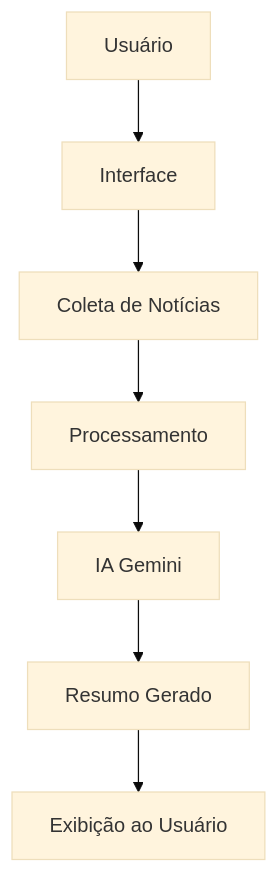
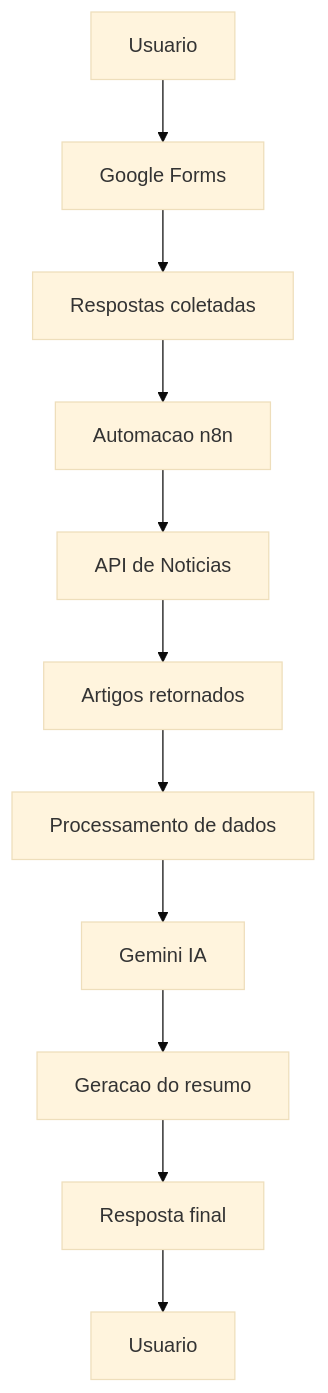
One commit to jhonnyvsn/Resumo_de_Noticias changed the diagram in README.md. Above: the diagram before and after it, drawn with Mermaid (base theme). The commit also changed other lines of this file, not shown here.

Commit message:
docs: atualiza README com descricao e diagrama

````diff
--- a/README.md
+++ b/README.md
@@ -23,9 +9,18 @@
 ```mermaid
-graph TD
-A[Usuário] --> B[Interface]
-B --> C[Coleta de Notícias]
-C --> D[Processamento]
-D --> E[IA Gemini]
-E --> F[Resumo Gerado]
-F --> G[Exibição ao Usuário]
+flowchart TD
+
+A[Usuario] --> B[Google Forms]
+B --> C[Respostas coletadas]
+
+C --> D[Automacao n8n]
+D --> E[API de Noticias]
+
+E --> F[Artigos retornados]
+F --> G[Processamento de dados]
+
+G --> H[Gemini IA]
+H --> I[Geracao do resumo]
+
+I --> J[Resposta final]
+J --> K[Usuario]
 ```
````
